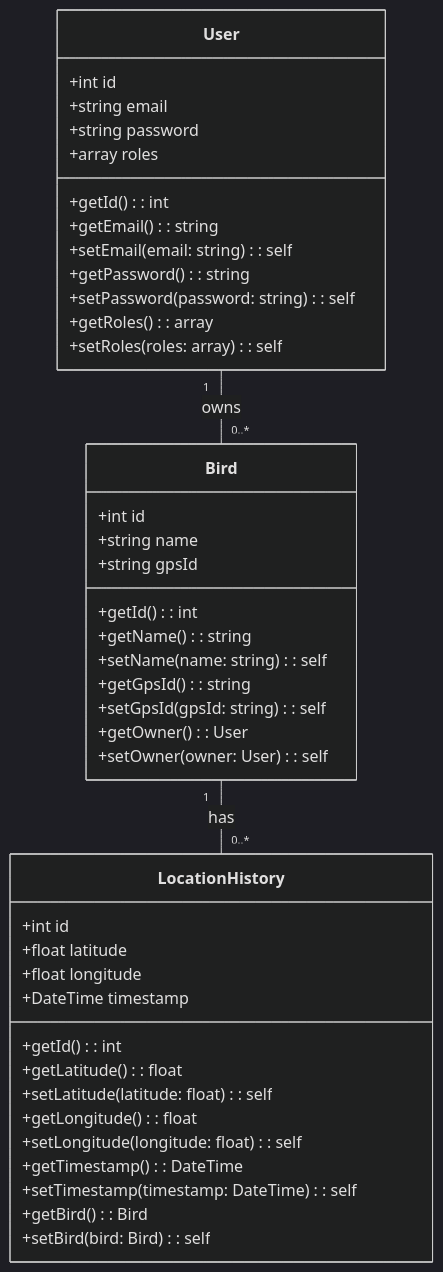
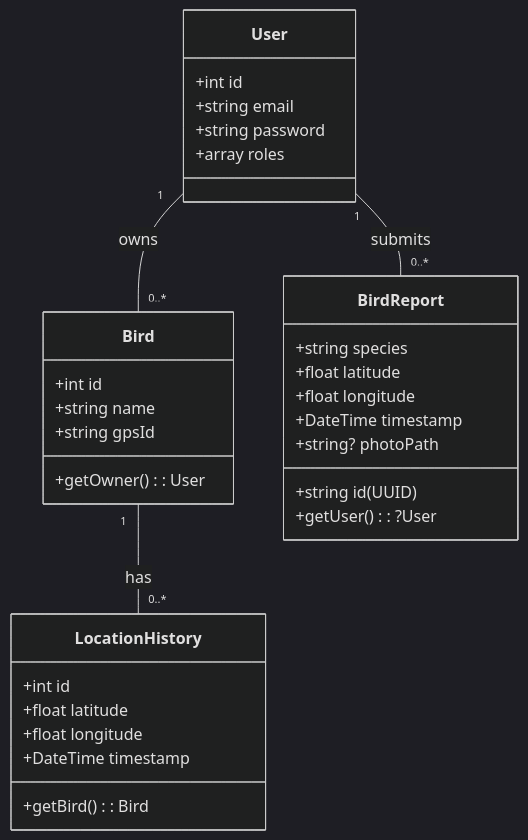
One commit to JokerPoix/Peekabo changed the second of 2 diagrams in README.md. Above: the diagram before and after it, drawn with Mermaid (dark theme). The commit also changed other lines of this file, not shown here.

````diff
--- a/README.md
+++ b/README.md
@@ -18,49 +244,38 @@
 ```mermaid
 classDiagram
     class User {
         +int id
         +string email
         +string password
         +array roles
-        +getId(): int
-        +getEmail(): string
-        +setEmail(email: string): self
-        +getPassword(): string
-        +setPassword(password: string): self
-        +getRoles(): array
-        +setRoles(roles: array): self
     }
 
     class Bird {
         +int id
         +string name
         +string gpsId
-        +getId(): int
-        +getName(): string
-        +setName(name: string): self
-        +getGpsId(): string
-        +setGpsId(gpsId: string): self
         +getOwner(): User
-        +setOwner(owner: User): self
     }
 
     class LocationHistory {
         +int id
         +float latitude
         +float longitude
         +DateTime timestamp
-        +getId(): int
-        +getLatitude(): float
-        +setLatitude(latitude: float): self
-        +getLongitude(): float
-        +setLongitude(longitude: float): self
-        +getTimestamp(): DateTime
-        +setTimestamp(timestamp: DateTime): self
         +getBird(): Bird
-        +setBird(bird: Bird): self
+    }
+
+    class BirdReport {
+        +string id (UUID)
+        +string species
+        +float latitude
+        +float longitude
+        +DateTime timestamp
+        +string? photoPath
+        +getUser(): ?User
     }
 
     User "1" -- "0..*" Bird : owns
     Bird "1" -- "0..*" LocationHistory : has
-
+    User "1" -- "0..*" BirdReport : submits
 ```
````
